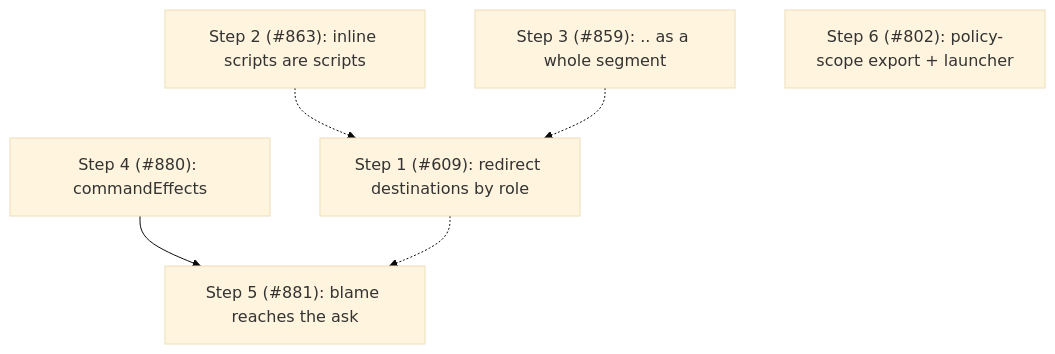
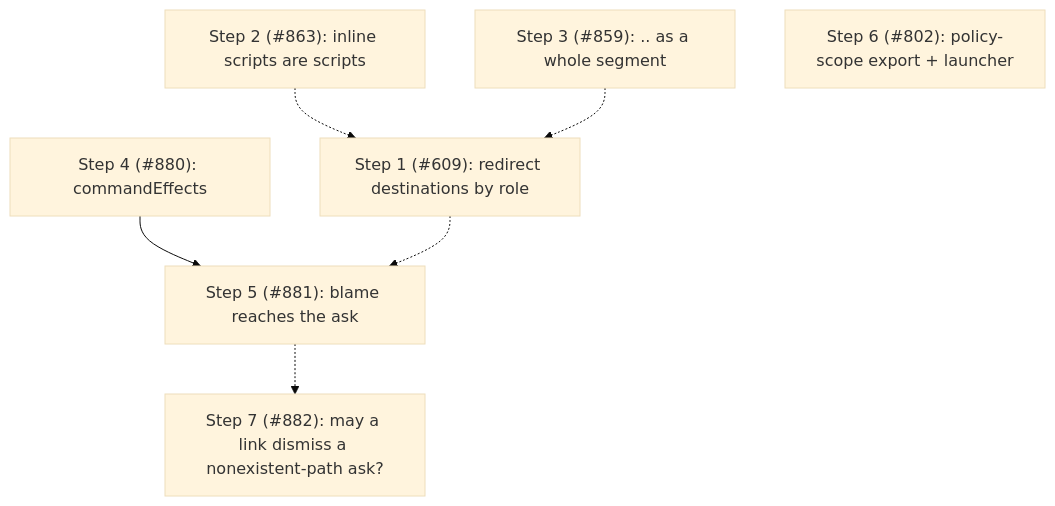
The fourth of 4 diagrams in packages/pi-permission-system/docs/architecture/architecture.md (gotgenes/pi-packages), drawn with Mermaid (base theme) before and after one commit. The commit also changed other lines of this file, not shown here.

First line of the commit message:
docs(pi-permission-system): add Phase 15 Step 7 and the #797 acceptance case

````diff
--- a/packages/pi-permission-system/docs/architecture/architecture.md
+++ b/packages/pi-permission-system/docs/architecture/architecture.md
@@ -1224,8 +1252,9 @@
 ```mermaid
 flowchart TD
     S2["Step 2 (#863): inline scripts are scripts"] -.-> S1["Step 1 (#609): redirect destinations by role"]
     S3["Step 3 (#859): .. as a whole segment"] -.-> S1
     S4["Step 4 (#880): commandEffects"] --> S5["Step 5 (#881): blame reaches the ask"]
     S1 -.-> S5
     S6["Step 6 (#802): policy-scope export + launcher"]
+    S5 -.-> S7["Step 7 (#882): may a link dismiss a nonexistent-path ask?"]
 ```
````
